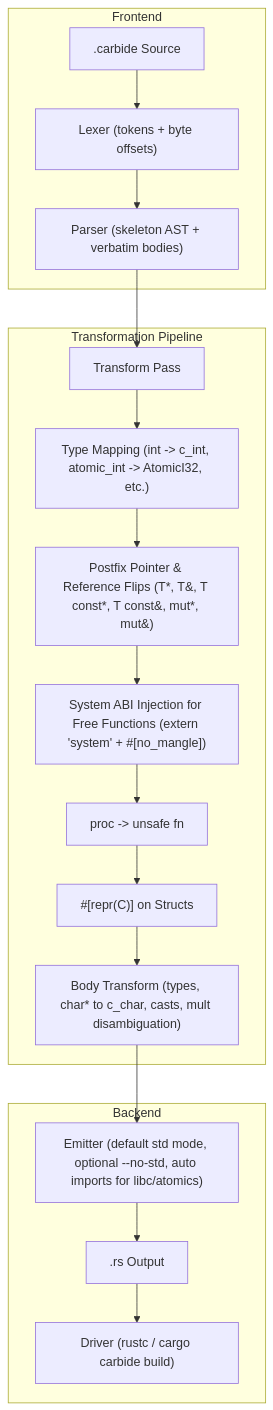
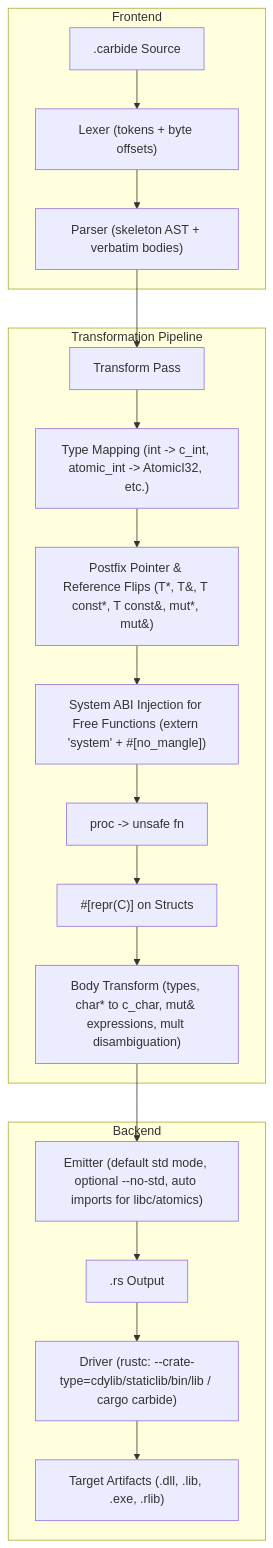
The diagram in SPEC.md (xyzzyapps/carbide), drawn with Mermaid before and after one commit. The commit also changed other lines of this file and 7 other files, not shown here.

Commit message:
Add target compilation flags (--dll, --static, --exe, --lib, --crate-type) and binary output destination handling

````diff
--- a/SPEC.md
+++ b/SPEC.md
@@ -43,23 +46,24 @@
 ```mermaid
 flowchart TD
     subgraph Frontend
         Source[".carbide Source"] --> Lexer["Lexer (tokens + byte offsets)"]
         Lexer --> Parser["Parser (skeleton AST + verbatim bodies)"]
     end
 
     subgraph Transformation Pipeline
         Parser --> AstPass["Transform Pass"]
         AstPass --> Pass1["Type Mapping (int -> c_int, atomic_int -> AtomicI32, etc.)"]
         Pass1 --> Pass2["Postfix Pointer & Reference Flips (T*, T&, T const*, T const&, mut*, mut&)"]
         Pass2 --> Pass3["System ABI Injection for Free Functions (extern 'system' + #[no_mangle])"]
         Pass3 --> Pass4["proc -> unsafe fn"]
         Pass4 --> Pass5["#[repr(C)] on Structs"]
-        Pass5 --> Pass6["Body Transform (types, char* to c_char, casts, mult disambiguation)"]
+        Pass5 --> Pass6["Body Transform (types, char* to c_char, mut& expressions, mult disambiguation)"]
     end
 
     subgraph Backend
         Pass6 --> Emitter["Emitter (default std mode, optional --no-std, auto imports for libc/atomics)"]
         Emitter --> Output[".rs Output"]
-        Output --> Driver["Driver (rustc / cargo carbide build)"]
+        Output --> Driver["Driver (rustc: --crate-type=cdylib/staticlib/bin/lib / cargo carbide)"]
+        Driver --> Artifacts["Target Artifacts (.dll, .lib, .exe, .rlib)"]
     end
 ```
````
